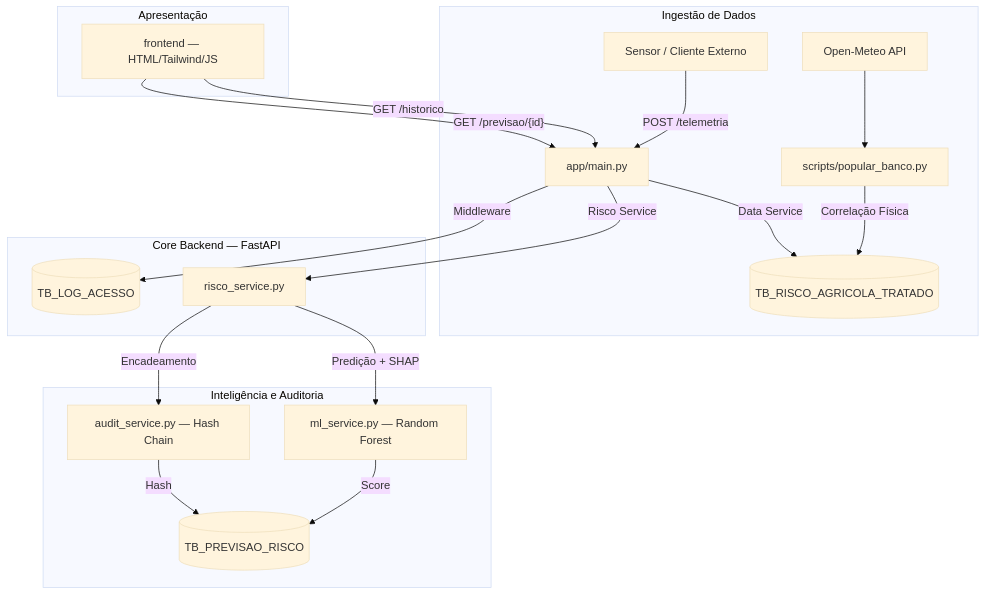
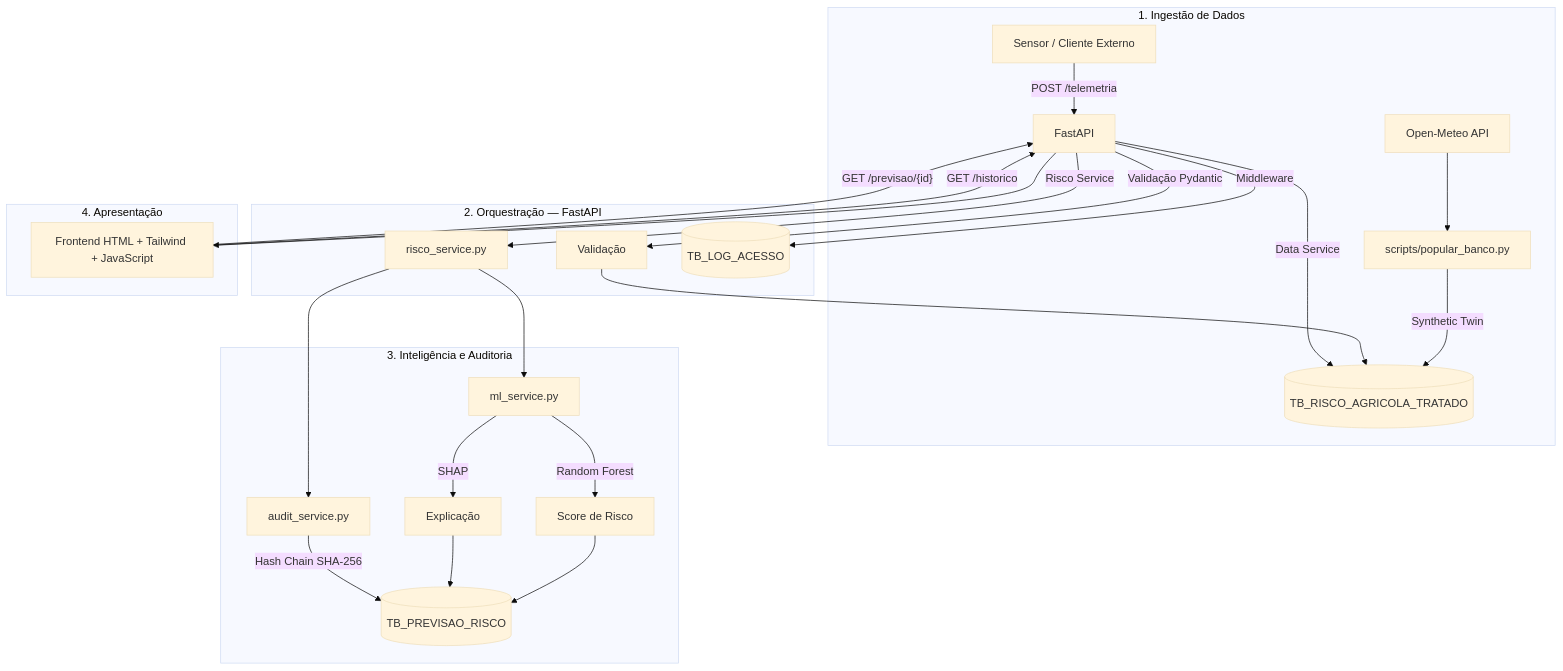
The diagram in docs/ARCHITECTURE.md (renansouz/maia-intelligence-NEXT), drawn with Mermaid (base theme) before and after one commit. The commit also changed other lines of this file and 5 other files, not shown here.

````diff
--- a/docs/ARCHITECTURE.md
+++ b/docs/ARCHITECTURE.md
@@ -7,26 +14,33 @@
 ```mermaid
 flowchart TD
-    subgraph "Ingestão de Dados"
-        S1[Sensor / Cliente Externo] -- "POST /telemetria" --> API
+    subgraph "1. Ingestão de Dados"
+        S1[Sensor / Cliente Externo] -->|"POST /telemetria"| API[FastAPI]
         S2[Open-Meteo API] --> B[scripts/popular_banco.py]
-        B -- "Correlação Física" --> DB1[(TB_RISCO_AGRICOLA_TRATADO)]
+        B -->|"Synthetic Twin"| DB1[(TB_RISCO_AGRICOLA_TRATADO)]
     end
 
-    subgraph "Core Backend — FastAPI"
-        API[app/main.py] -- "Middleware" --> LOG[(TB_LOG_ACESSO)]
-        API -- "Data Service" --> DB1
-        API -- "Risco Service" --> S[risco_service.py]
+    subgraph "2. Orquestração — FastAPI"
+        API -->|"Validação Pydantic"| V[Validação]
+        V --> DB1
+        API -->|"Data Service"| DB1
+        API -->|"Risco Service"| RS[risco_service.py]
+        API -->|"Middleware"| LOG[(TB_LOG_ACESSO)]
     end
 
-    subgraph "Inteligência e Auditoria"
-        S -- "Predição + SHAP" --> ML[ml_service.py — Random Forest]
-        S -- "Encadeamento" --> AC[audit_service.py — Hash Chain]
-        ML -- "Score" --> DB2[(TB_PREVISAO_RISCO)]
-        AC -- "Hash" --> DB2
+    subgraph "3. Inteligência e Auditoria"
+        RS --> ML[ml_service.py]
+        ML -->|"Random Forest"| SCORE[Score de Risco]
+        ML -->|"SHAP"| XAI[Explicação]
+        RS --> AC[audit_service.py]
+        SCORE --> DB2[(TB_PREVISAO_RISCO)]
+        XAI --> DB2
+        AC -->|"Hash Chain SHA-256"| DB2
     end
 
-    subgraph "Apresentação"
-        UI[frontend — HTML/Tailwind/JS] -- "GET /historico" --> API
-        UI -- "GET /previsao/{id}" --> API
+    subgraph "4. Apresentação"
+        UI[Frontend HTML + Tailwind + JavaScript]
+        UI -->|"GET /historico"| API
+        UI -->|"GET /previsao/{id}"| API
+        API --> UI
     end
 ```
````
